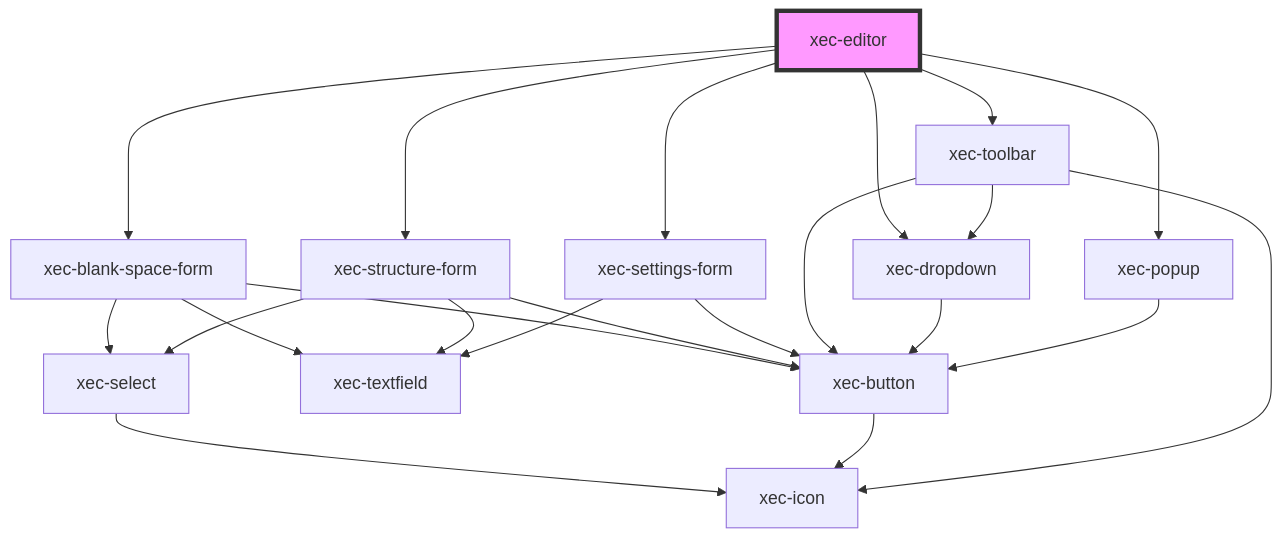
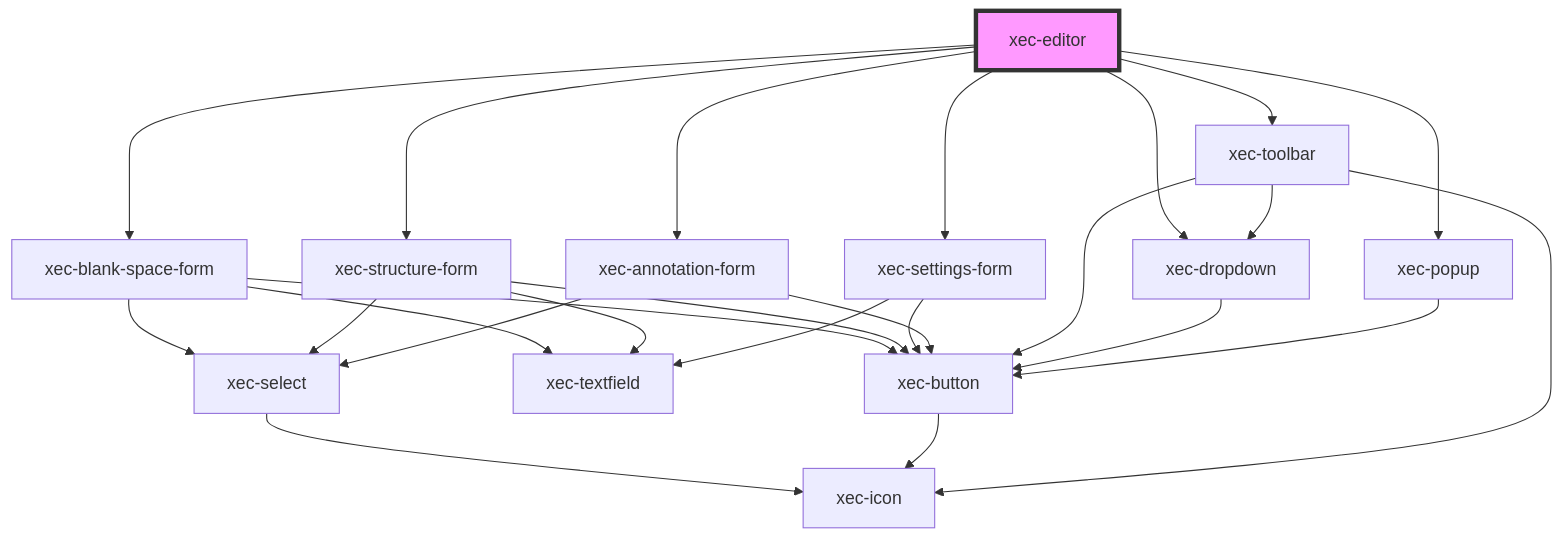
Before and after one commit to scribes-app/tei-component-suite: the diagram in src/components/xec-editor/readme.md, drawn with Mermaid. The commit also changed other lines of this file and 4 other files, not shown here.

````diff
--- a/src/components/xec-editor/readme.md
+++ b/src/components/xec-editor/readme.md
@@ -97,25 +98,28 @@
 ```mermaid
 graph TD;
   xec-editor --> xec-blank-space-form
   xec-editor --> xec-structure-form
   xec-editor --> xec-settings-form
+  xec-editor --> xec-annotation-form
   xec-editor --> xec-toolbar
   xec-editor --> xec-dropdown
   xec-editor --> xec-popup
   xec-blank-space-form --> xec-select
   xec-blank-space-form --> xec-textfield
   xec-blank-space-form --> xec-button
   xec-select --> xec-icon
   xec-button --> xec-icon
   xec-structure-form --> xec-select
   xec-structure-form --> xec-textfield
   xec-structure-form --> xec-button
   xec-settings-form --> xec-textfield
   xec-settings-form --> xec-button
+  xec-annotation-form --> xec-select
+  xec-annotation-form --> xec-button
   xec-toolbar --> xec-button
   xec-toolbar --> xec-dropdown
   xec-toolbar --> xec-icon
   xec-dropdown --> xec-button
   xec-popup --> xec-button
   style xec-editor fill:#f9f,stroke:#333,stroke-width:4px
 ```
````
